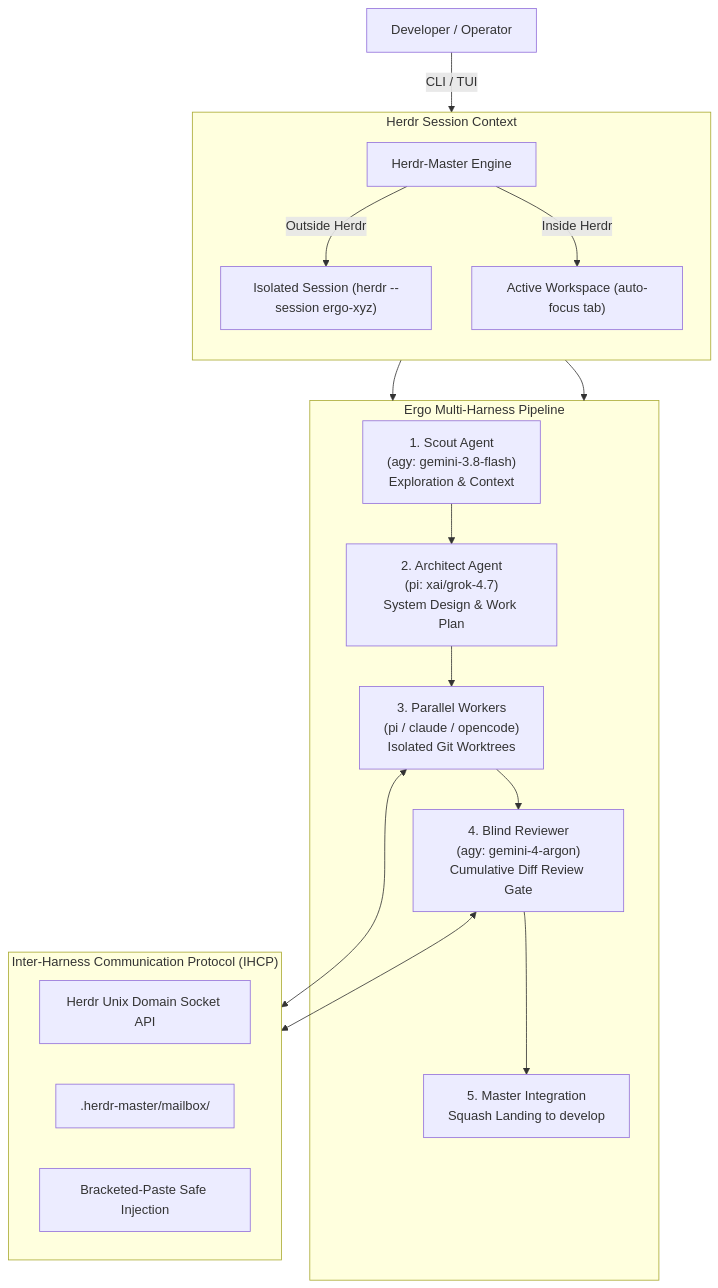
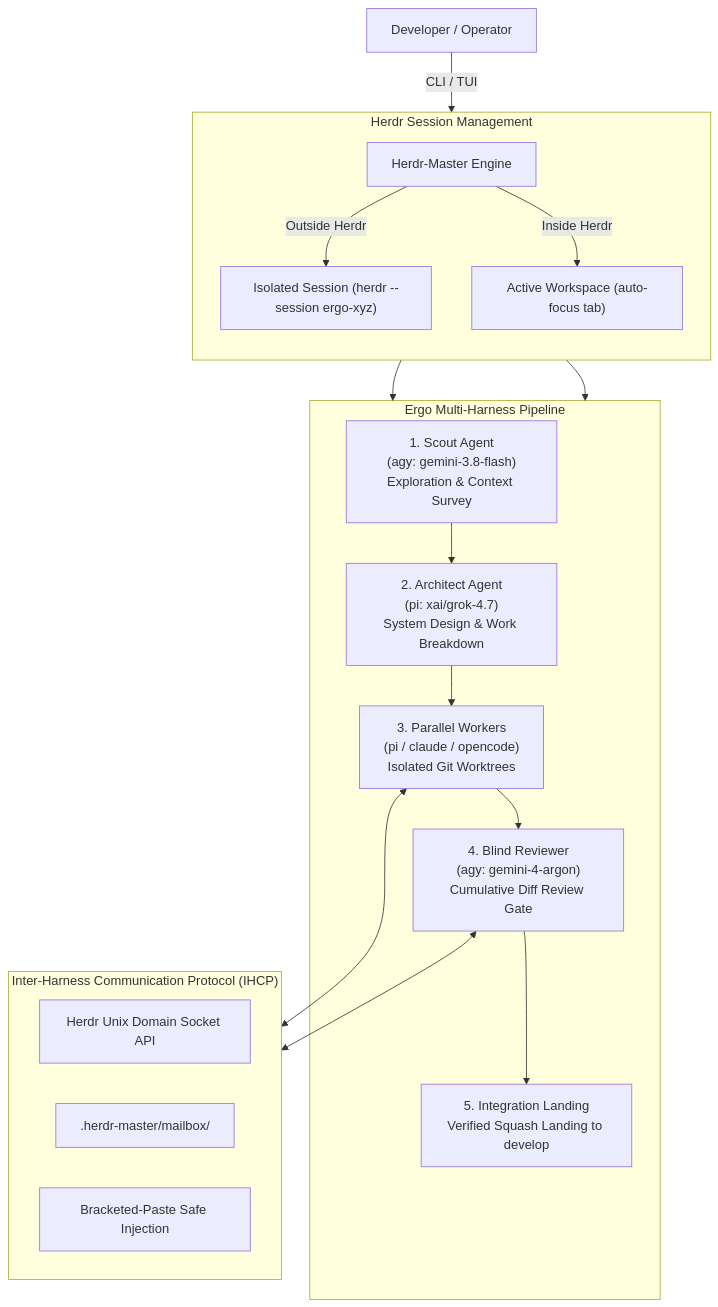
The diagram in README.md (pank85/AiHead-Orchestrator), drawn with Mermaid before and after one commit. The commit also changed other lines of this file, not shown here.

````diff
--- a/README.md
+++ b/README.md
@@ -102,32 +107,32 @@
 ```mermaid
 graph TD
     User["Developer / Operator"] -->|CLI / TUI| Orchestrator["Herdr-Master Engine"]
     
-    subgraph ExecutionContext ["Herdr Session Context"]
+    subgraph ExecutionContext ["Herdr Session Management"]
         direction TB
         Orchestrator -->|Outside Herdr| IsolatedSession["Isolated Session (herdr --session ergo-xyz)"]
         Orchestrator -->|Inside Herdr| ActiveSession["Active Workspace (auto-focus tab)"]
     end
 
     subgraph ErgoPipeline ["Ergo Multi-Harness Pipeline"]
-        Scout["1. Scout Agent<br/>(agy: gemini-3.8-flash)<br/>Exploration & Context"]
-        Architect["2. Architect Agent<br/>(pi: xai/grok-4.7)<br/>System Design & Work Plan"]
+        Scout["1. Scout Agent<br/>(agy: gemini-3.8-flash)<br/>Exploration & Context Survey"]
+        Architect["2. Architect Agent<br/>(pi: xai/grok-4.7)<br/>System Design & Work Breakdown"]
         Pool["3. Parallel Workers<br/>(pi / claude / opencode)<br/>Isolated Git Worktrees"]
         Reviewer["4. Blind Reviewer<br/>(agy: gemini-4-argon)<br/>Cumulative Diff Review Gate"]
-        Squash["5. Master Integration<br/>Squash Landing to develop"]
+        Squash["5. Integration Landing<br/>Verified Squash Landing to develop"]
 
         Scout --> Architect --> Pool --> Reviewer --> Squash
     end
 
     IsolatedSession --> ErgoPipeline
     ActiveSession --> ErgoPipeline
 
     subgraph IHCP ["Inter-Harness Communication Protocol (IHCP)"]
         Socket["Herdr Unix Domain Socket API"]
         Mailbox[".herdr-master/mailbox/"]
         PTY["Bracketed-Paste Safe Injection"]
     end
 
     Pool <--> IHCP
     Reviewer <--> IHCP
 ```
````
